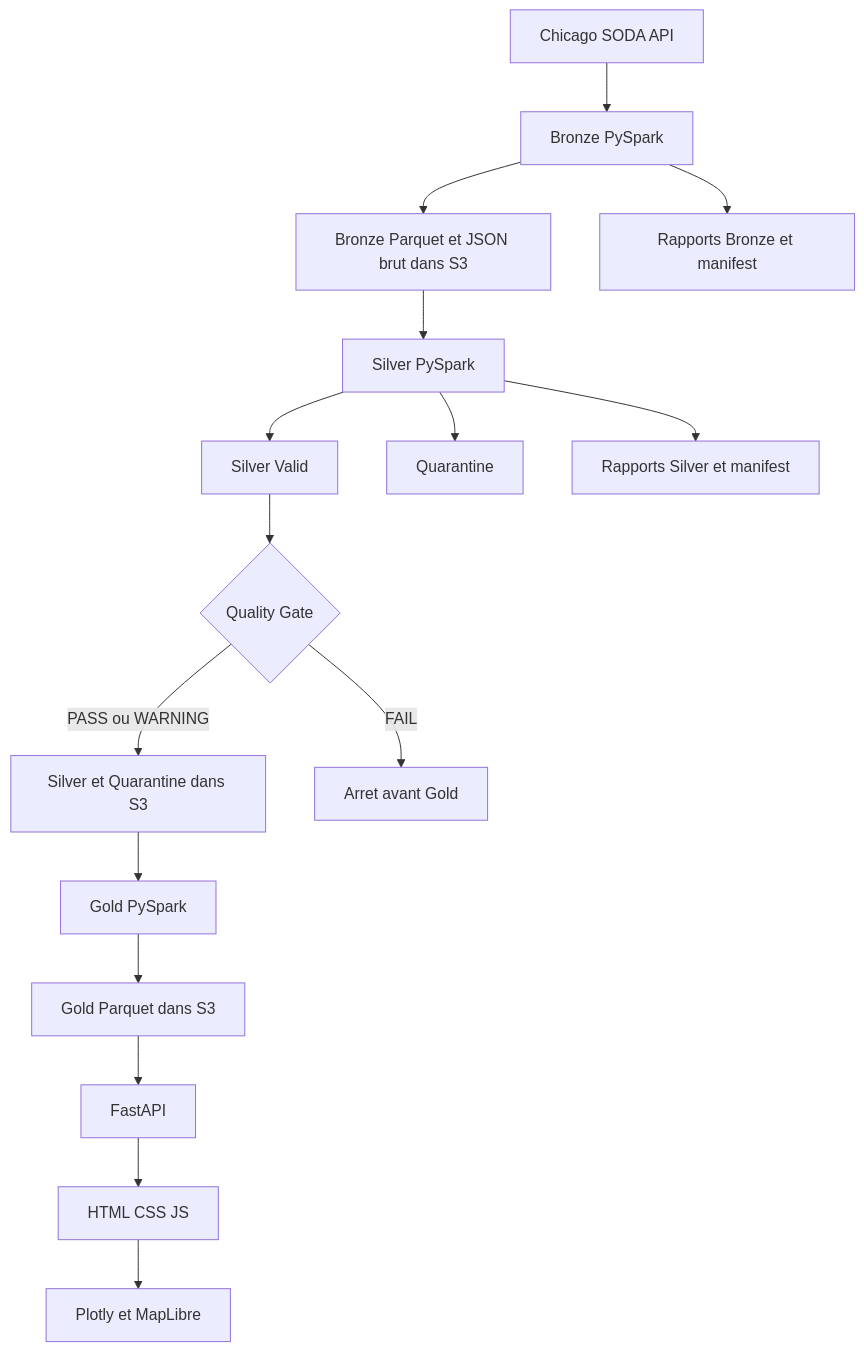
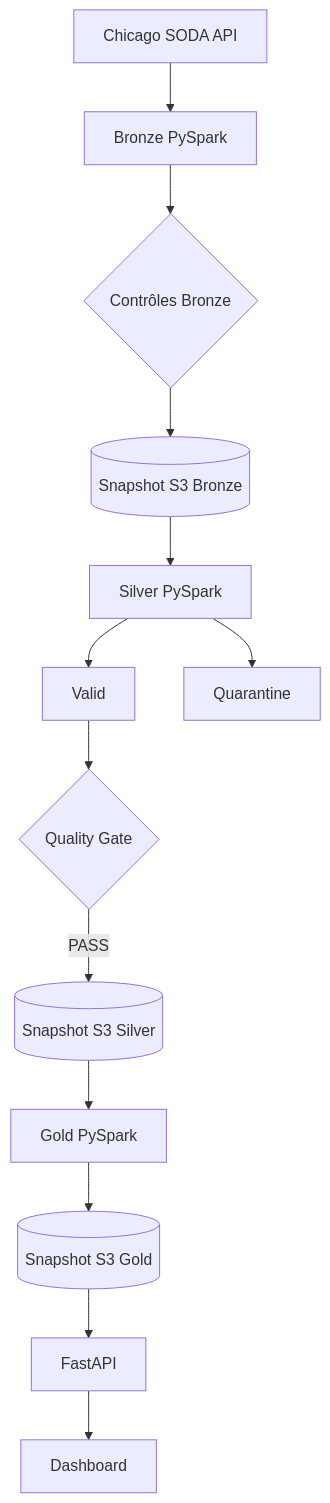
One commit to MedEleliem/chicago-taxi-data-engineering changed the diagram in docs/architecture.md. Above: the diagram before and after it, drawn with Mermaid. The commit also changed other lines of this file and 18 other files, not shown here.

````diff
--- a/docs/architecture.md
+++ b/docs/architecture.md
@@ -32,18 +7,15 @@
 ```mermaid
 flowchart TD
     A[Chicago SODA API] --> B[Bronze PySpark]
-    B --> C[Bronze Parquet et JSON brut dans S3]
-    C --> D[Silver PySpark]
-    D --> E[Silver Valid]
-    D --> F[Quarantine]
-    B --> G[Rapports Bronze et manifest]
-    D --> H[Rapports Silver et manifest]
-    E --> I{Quality Gate}
-    I -->|PASS ou WARNING| S[Silver et Quarantine dans S3]
-    S --> J[Gold PySpark]
-    I -->|FAIL| K[Arret avant Gold]
-    J --> L[Gold Parquet dans S3]
-    L --> M[FastAPI]
-    M --> N[HTML CSS JS]
-    N --> O[Plotly et MapLibre]
+    B --> C{Contrôles Bronze}
+    C --> D[(Snapshot S3 Bronze)]
+    D --> E[Silver PySpark]
+    E --> F[Valid]
+    E --> G[Quarantine]
+    F --> H{Quality Gate}
+    H -->|PASS| I[(Snapshot S3 Silver)]
+    I --> J[Gold PySpark]
+    J --> K[(Snapshot S3 Gold)]
+    K --> L[FastAPI]
+    L --> M[Dashboard]
 ```
````
